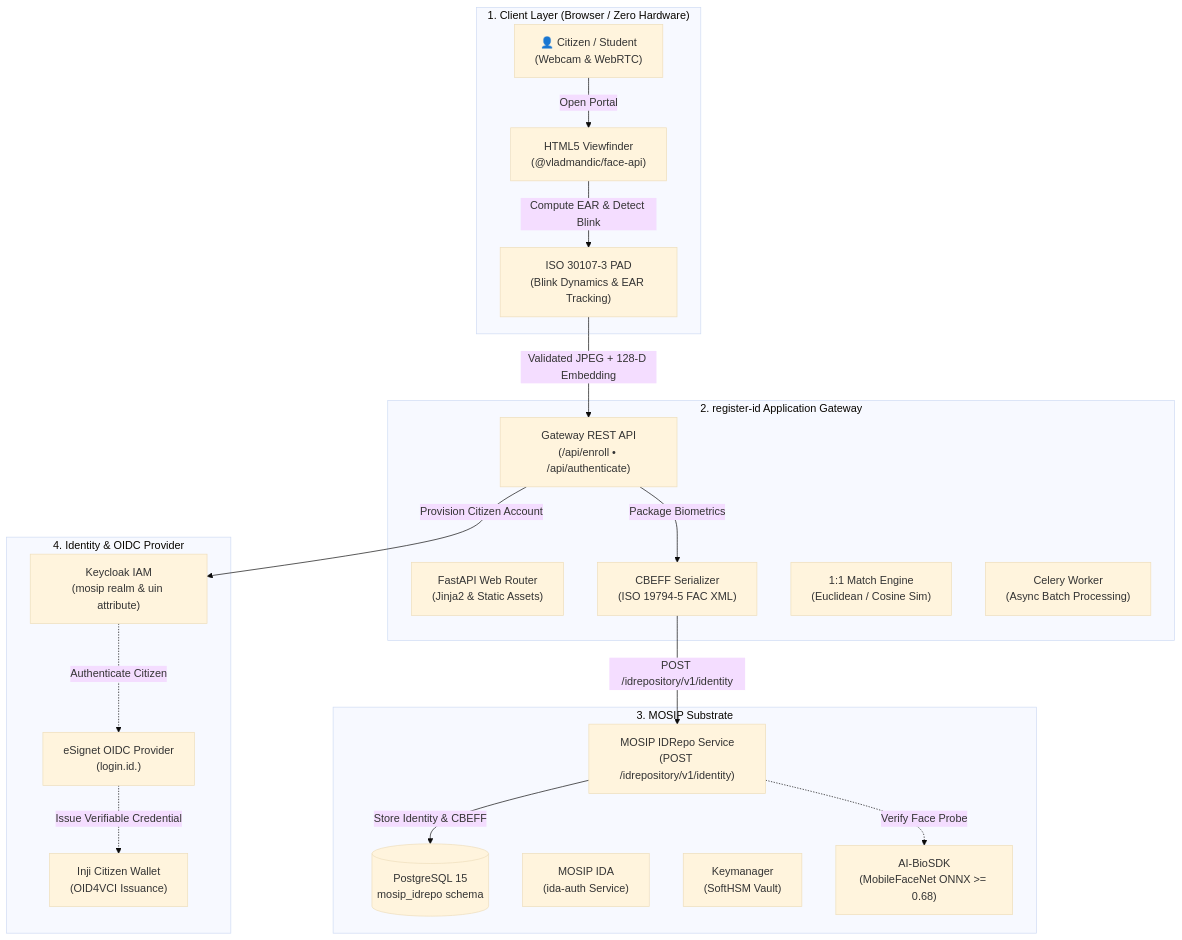
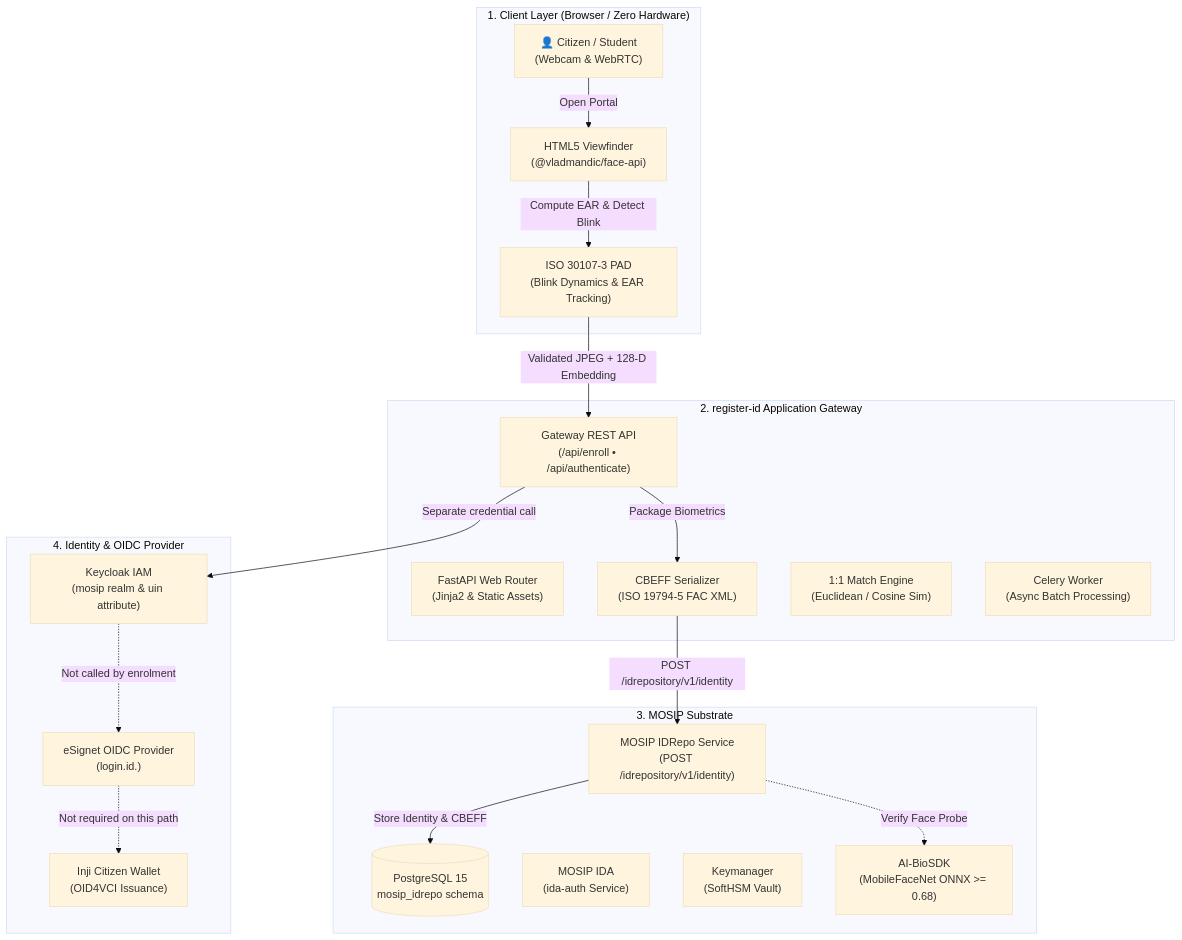
Before and after one commit to mosip-asia/dpi-register-id: the first of 2 diagrams in docs/objectives-and-milestones.md, drawn with Mermaid (base theme). The commit also changed other lines of this file and 63 other files, not shown here.

First line of the commit message:
Implement the Sandbox Kit review in the shared client, chart, and image.

````diff
--- a/docs/objectives-and-milestones.md
+++ b/docs/objectives-and-milestones.md
@@ -30,41 +30,41 @@
 ```mermaid
 flowchart TD
     subgraph Client["1. Client Layer (Browser / Zero Hardware)"]
         Citizen["👤 Citizen / Student<br/>(Webcam & WebRTC)"]
         Viewfinder["HTML5 Viewfinder<br/>(@vladmandic/face-api)"]
         PAD["ISO 30107-3 PAD<br/>(Blink Dynamics & EAR Tracking)"]
     end
 
     subgraph Gateway["2. register-id Application Gateway"]
         WebUI["FastAPI Web Router<br/>(Jinja2 & Static Assets)"]
         APIRouter["Gateway REST API<br/>(/api/enroll • /api/authenticate)"]
         CBEFFBuilder["CBEFF Serializer<br/>(ISO 19794-5 FAC XML)"]
         AuthMatcher["1:1 Match Engine<br/>(Euclidean / Cosine Sim)"]
         CeleryWorker["Celery Worker<br/>(Async Batch Processing)"]
     end
 
     subgraph MosipSubstrate["3. MOSIP Substrate"]
         IDRepo["MOSIP IDRepo Service<br/>(POST /idrepository/v1/identity)"]
         PostgresDB[("PostgreSQL 15<br/>mosip_idrepo schema")]
         IDA["MOSIP IDA<br/>(ida-auth Service)"]
         Keymanager["Keymanager<br/>(SoftHSM Vault)"]
         BioSDK["AI-BioSDK<br/>(MobileFaceNet ONNX >= 0.68)"]
     end
 
     subgraph IAM["4. Identity & OIDC Provider"]
         Keycloak["Keycloak IAM<br/>(mosip realm & uin attribute)"]
         eSignet["eSignet OIDC Provider<br/>(login.id.<domain>)"]
         Wallet["Inji Citizen Wallet<br/>(OID4VCI Issuance)"]
     end
 
     Citizen -->|"Open Portal"| Viewfinder
     Viewfinder -->|"Compute EAR & Detect Blink"| PAD
     PAD -->|"Validated JPEG + 128-D Embedding"| APIRouter
     APIRouter -->|"Package Biometrics"| CBEFFBuilder
     CBEFFBuilder -->|"POST /idrepository/v1/identity"| IDRepo
     IDRepo -->|"Store Identity & CBEFF"| PostgresDB
-    APIRouter -->|"Provision Citizen Account"| Keycloak
-    Keycloak -.->|"Authenticate Citizen"| eSignet
-    eSignet -.->|"Issue Verifiable Credential"| Wallet
+    APIRouter -->|"Separate credential call"| Keycloak
+    Keycloak -.->|"Not called by enrolment"| eSignet
+    eSignet -.->|"Not required on this path"| Wallet
     IDRepo -.->|"Verify Face Probe"| BioSDK
 ```
````
